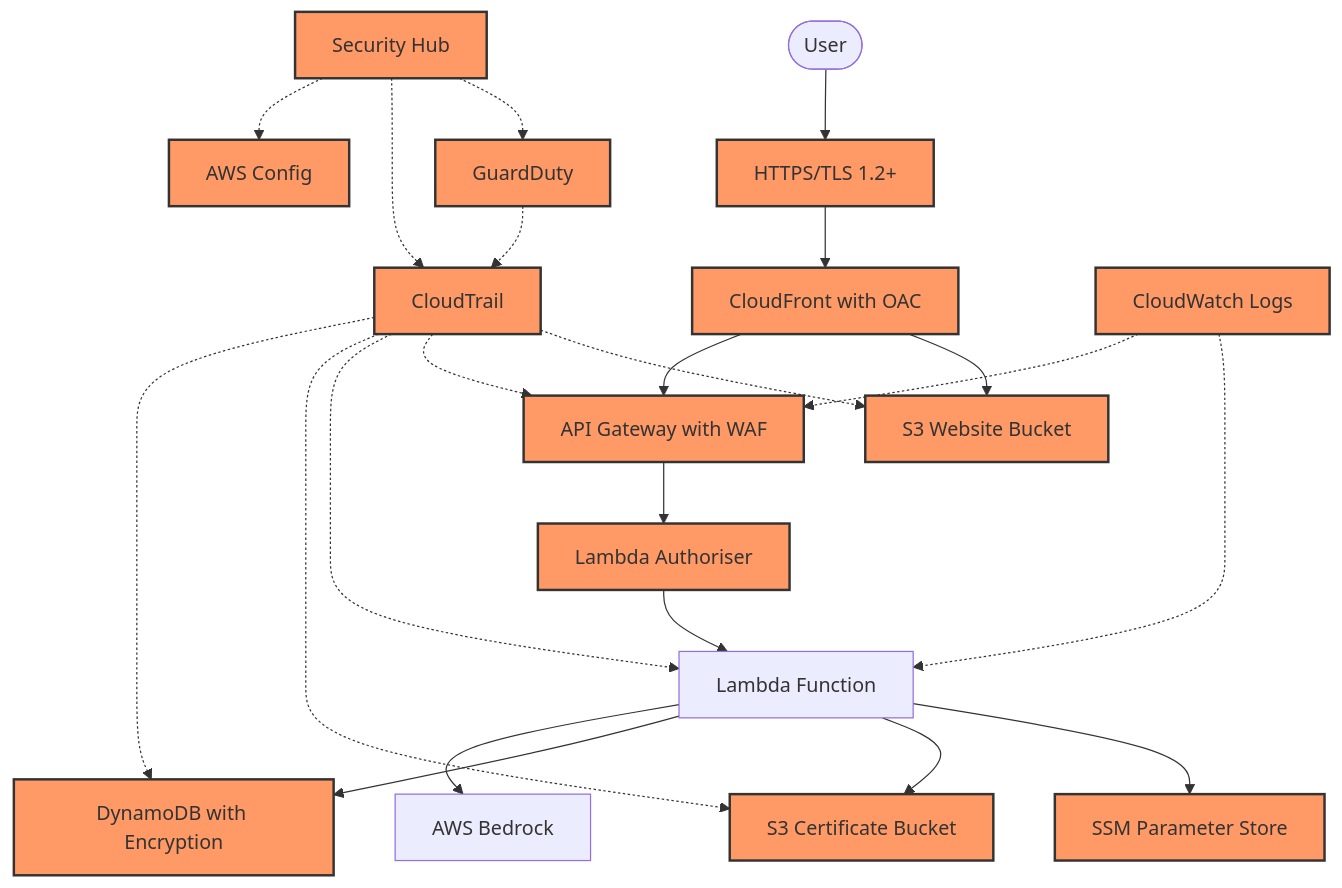
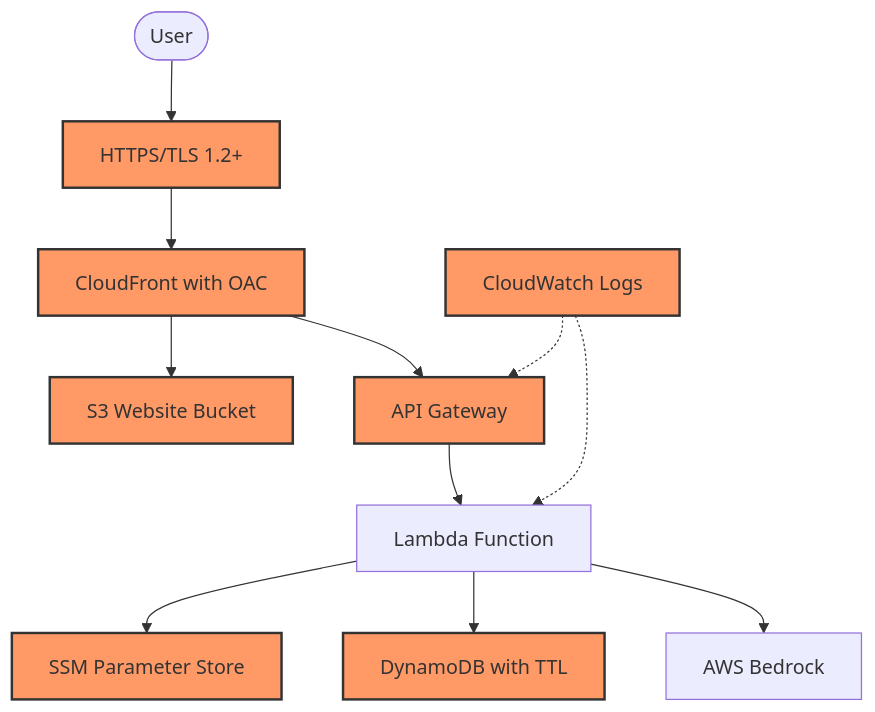
One commit to JThomas404/cloudforgex changed the diagram in docs/security.md. Above: the diagram before and after it, drawn with Mermaid. The commit also changed other lines of this file, not shown here.

````diff
--- a/docs/security.md
+++ b/docs/security.md
@@ -66,33 +31,18 @@
 ```mermaid
 flowchart TD
     User([User]) --> HTTPS[HTTPS/TLS 1.2+]
     HTTPS --> CloudFront[CloudFront with OAC]
     CloudFront --> S3Web[S3 Website Bucket]
-    CloudFront --> APIGateway[API Gateway with WAF]
+    CloudFront --> APIGateway[API Gateway]
 
-    APIGateway --> LambdaAuth[Lambda Authoriser]
-    LambdaAuth --> LambdaFunc[Lambda Function]
+    APIGateway --> Lambda[Lambda Function]
+    Lambda --> SSM[SSM Parameter Store]
+    Lambda --> DynamoDB[DynamoDB with TTL]
+    Lambda --> Bedrock[AWS Bedrock]
 
-    LambdaFunc --> SSM[SSM Parameter Store]
-    LambdaFunc --> S3Cert[S3 Certificate Bucket]
-    LambdaFunc --> DynamoDB[DynamoDB with Encryption]
-    LambdaFunc --> Bedrock[AWS Bedrock]
-
-    CloudTrail[CloudTrail] -.-> S3Web
-    CloudTrail -.-> APIGateway
-    CloudTrail -.-> LambdaFunc
-    CloudTrail -.-> S3Cert
-    CloudTrail -.-> DynamoDB
-
-    CloudWatch[CloudWatch Logs] -.-> LambdaFunc
+    CloudWatch[CloudWatch Logs] -.-> Lambda
     CloudWatch -.-> APIGateway
 
-    GuardDuty[GuardDuty] -.-> CloudTrail
-
-    SecurityHub[Security Hub] -.-> GuardDuty
-    SecurityHub -.-> CloudTrail
-    SecurityHub -.-> Config[AWS Config]
-
     classDef security fill:#f96, stroke:#333, stroke-width:2px;
-    class HTTPS,CloudFront,APIGateway,LambdaAuth,SSM,S3Web,S3Cert,DynamoDB,CloudTrail,CloudWatch,GuardDuty,SecurityHub,Config security
+    class HTTPS,CloudFront,APIGateway,SSM,S3Web,DynamoDB,CloudWatch security
 ```
````
